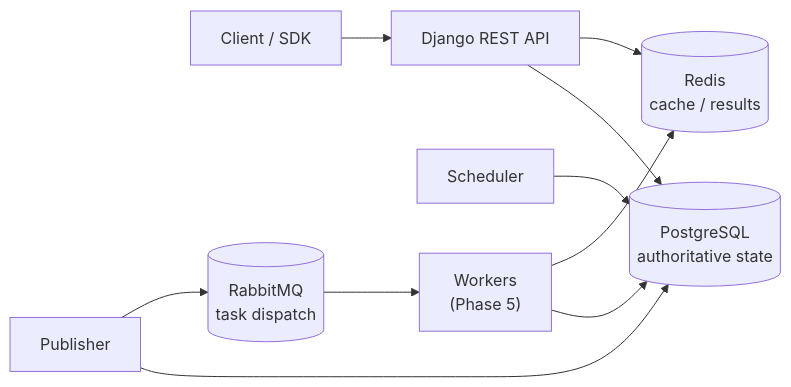
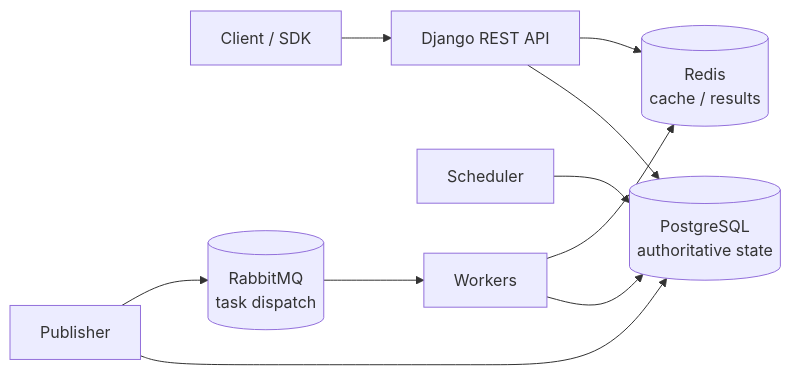
The diagram in README.md (Abolfazlrwm/flowforge), drawn with Mermaid before and after one commit. The commit also changed other lines of this file and 5 other files, not shown here.

First line of the commit message:
docs: record Phase 5 and the worker contract

````diff
--- a/README.md
+++ b/README.md
@@ -38,12 +39,12 @@
 ```mermaid
 flowchart LR
     client["Client / SDK"] --> api["Django REST API"]
     api --> db[("PostgreSQL<br/>authoritative state")]
     sched["Scheduler"] --> db
     pub["Publisher"] --> db
     pub --> mq[("RabbitMQ<br/>task dispatch")]
-    mq --> worker["Workers<br/>(Phase 5)"]
+    mq --> worker["Workers"]
     worker --> db
     worker --> redis[("Redis<br/>cache / results")]
     api --> redis
 ```
````
